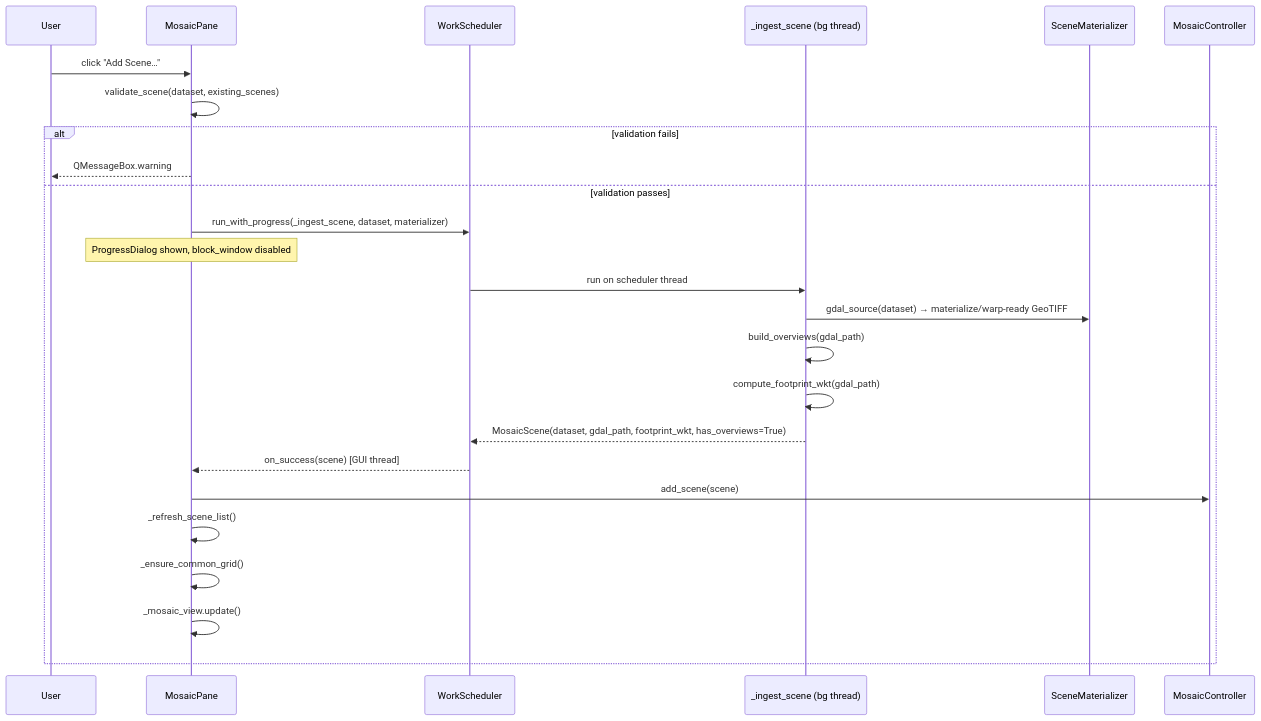
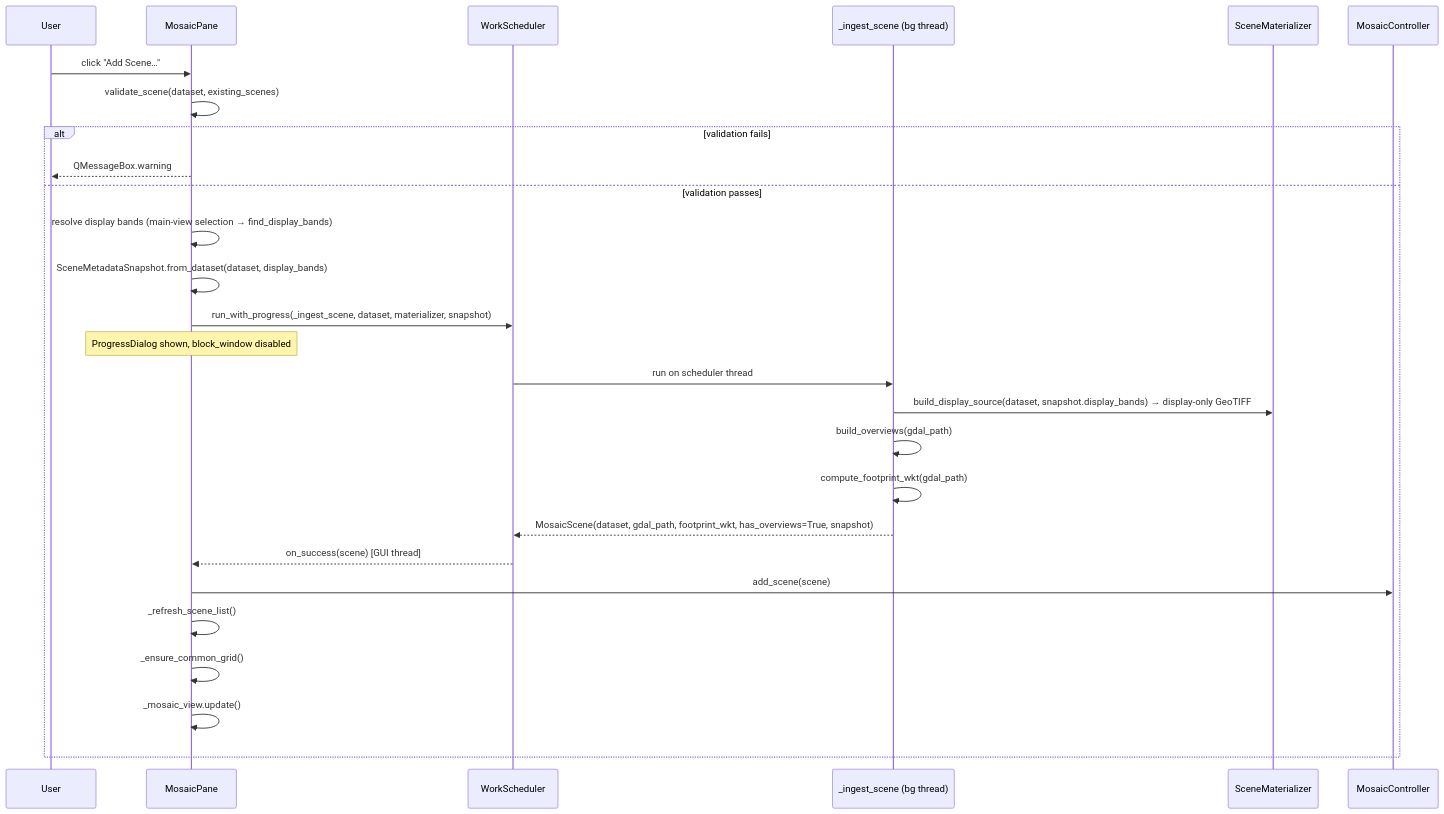
Before and after one commit to Ehlmann-research-group/WISER: the third of 6 diagrams in doc/sphinx-general-wiser-docs/source/developer-content/mosaic-internals.md, drawn with Mermaid. The commit also changed other lines of this file, not shown here.

Commit message:
doc: Updating docs for mosaic internals based on display band changes

````diff
--- a/doc/sphinx-general-wiser-docs/source/developer-content/mosaic-internals.md
+++ b/doc/sphinx-general-wiser-docs/source/developer-content/mosaic-internals.md
@@ -219,28 +238,30 @@
 ```{mermaid}
 sequenceDiagram
     participant User
     participant Pane as MosaicPane
     participant Sched as WorkScheduler
     participant Ingest as _ingest_scene (bg thread)
     participant Mat as SceneMaterializer
     participant Ctrl as MosaicController
 
     User->>Pane: click "Add Scene…"
     Pane->>Pane: validate_scene(dataset, existing_scenes)
     alt validation fails
         Pane-->>User: QMessageBox.warning
     else validation passes
-        Pane->>Sched: run_with_progress(_ingest_scene, dataset, materializer)
+        Pane->>Pane: resolve display bands (main-view selection → find_display_bands)
+        Pane->>Pane: SceneMetadataSnapshot.from_dataset(dataset, display_bands)
+        Pane->>Sched: run_with_progress(_ingest_scene, dataset, materializer, snapshot)
         Note over Pane: ProgressDialog shown, block_window disabled
         Sched->>Ingest: run on scheduler thread
-        Ingest->>Mat: gdal_source(dataset) → materialize/warp-ready GeoTIFF
+        Ingest->>Mat: build_display_source(dataset, snapshot.display_bands) → display-only GeoTIFF
         Ingest->>Ingest: build_overviews(gdal_path)
         Ingest->>Ingest: compute_footprint_wkt(gdal_path)
-        Ingest-->>Sched: MosaicScene(dataset, gdal_path, footprint_wkt, has_overviews=True)
+        Ingest-->>Sched: MosaicScene(dataset, gdal_path, footprint_wkt, has_overviews=True, snapshot)
         Sched-->>Pane: on_success(scene) [GUI thread]
         Pane->>Ctrl: add_scene(scene)
         Pane->>Pane: _refresh_scene_list()
         Pane->>Pane: _ensure_common_grid()
         Pane->>Pane: _mosaic_view.update()
     end
 ```
````
